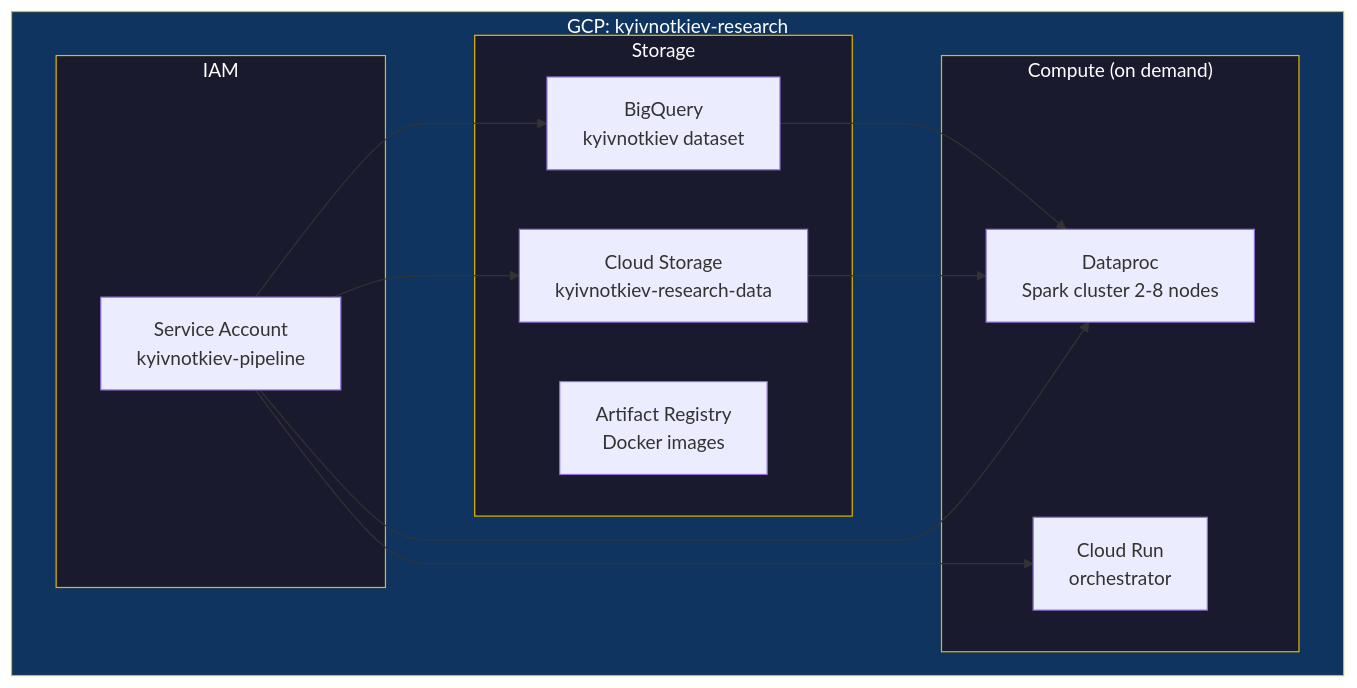
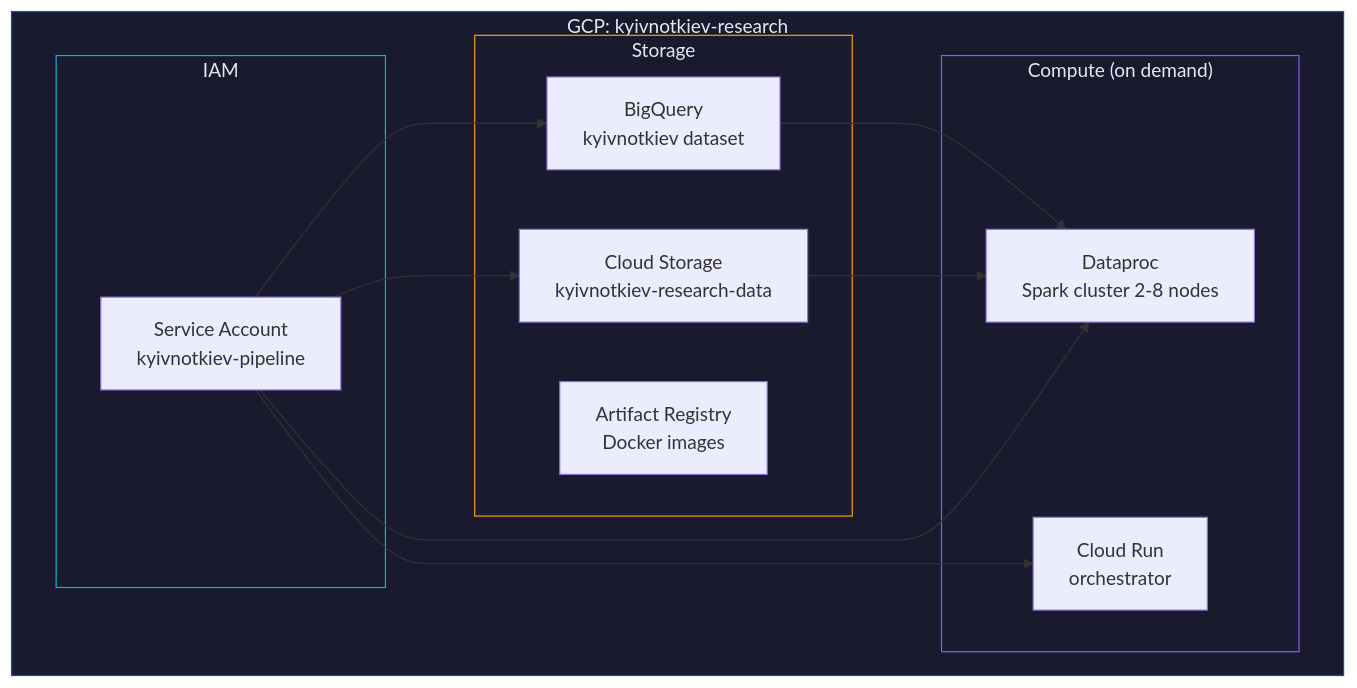
Before and after one commit to IvanDobrovolsky/kyivnotkiev: the diagram in infrastructure/README.md, drawn with Mermaid. The commit also changed other lines of this file and 5 other files, not shown here.

First line of the commit message:
Update all READMEs: mermaid charts with site palette, accurate numbers, no folder trees

````diff
--- a/infrastructure/README.md
+++ b/infrastructure/README.md
@@ -7,28 +7,28 @@
 ```mermaid
 graph TD
     subgraph GCP["GCP: kyivnotkiev-research"]
-        style GCP fill:#0f3460,stroke:#e6b800,color:#fff
+        style GCP fill:#1a1a2e,stroke:#0057B8,color:#e2e8f0
 
         subgraph Storage
-            style Storage fill:#1a1a2e,stroke:#e6b800,color:#fff
+            style Storage fill:#1a1a2e,stroke:#f59e0b,color:#e2e8f0
             BQ["BigQuery<br/>kyivnotkiev dataset"]
             GCS["Cloud Storage<br/>kyivnotkiev-research-data"]
             AR["Artifact Registry<br/>Docker images"]
         end
 
         subgraph Compute["Compute (on demand)"]
-            style Compute fill:#1a1a2e,stroke:#e6b800,color:#fff
+            style Compute fill:#1a1a2e,stroke:#8b5cf6,color:#e2e8f0
             DP["Dataproc<br/>Spark cluster 2-8 nodes"]
             CR["Cloud Run<br/>orchestrator"]
         end
 
         subgraph IAM
-            style IAM fill:#1a1a2e,stroke:#e6b800,color:#fff
+            style IAM fill:#1a1a2e,stroke:#06b6d4,color:#e2e8f0
             SA["Service Account<br/>kyivnotkiev-pipeline"]
         end
     end
 
     BQ --> DP
     GCS --> DP
     SA --> BQ & GCS & DP & CR
 ```
````
